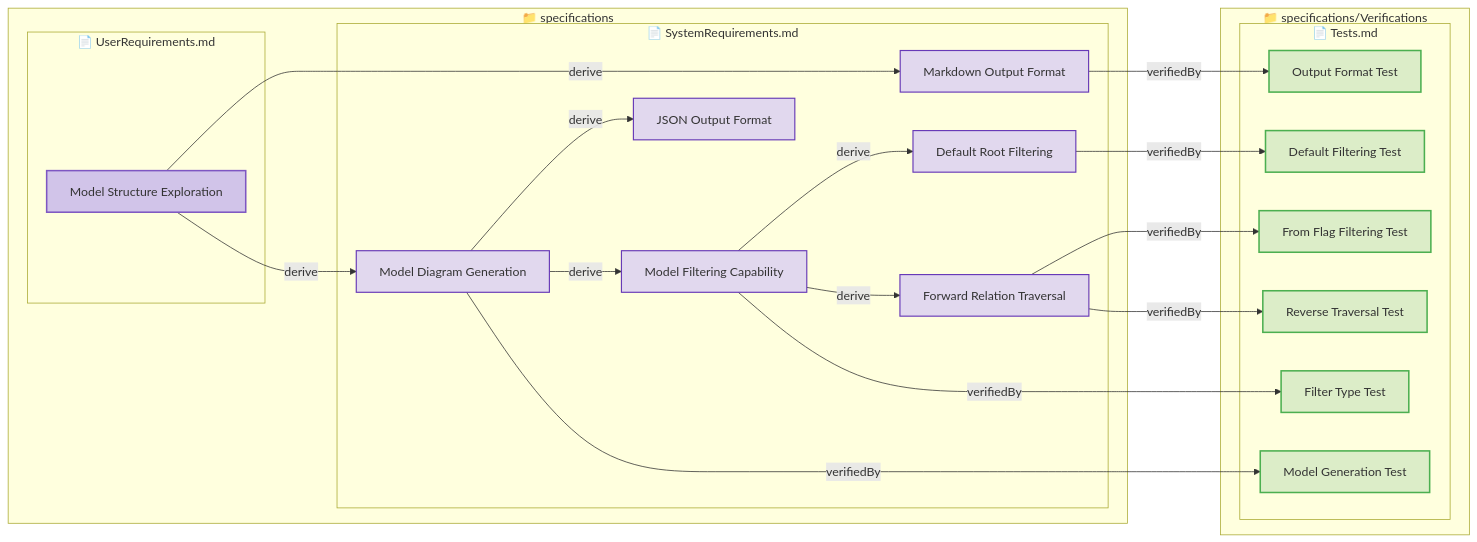
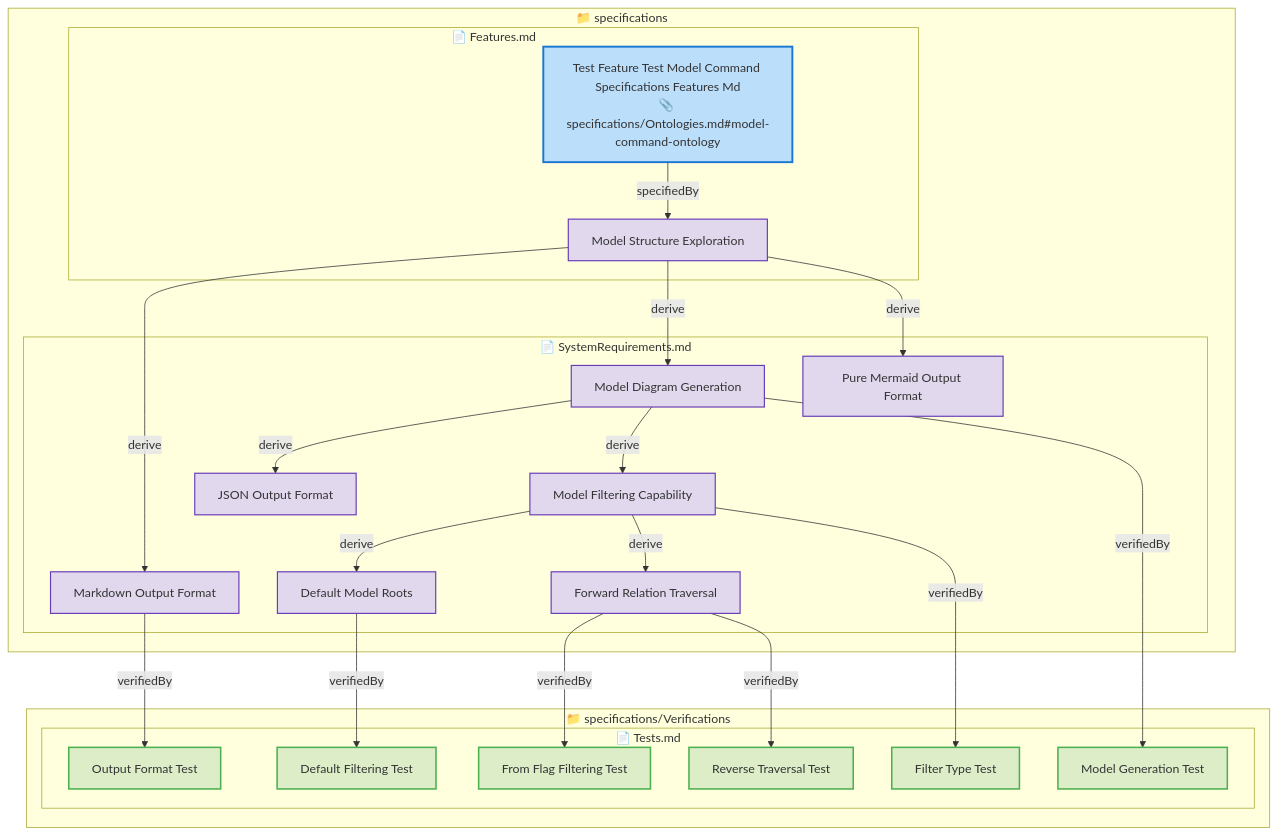
The diagram in tests/test-model-command/expected/expected_output.md (reqvire-org/reqvire), drawn with Mermaid before and after one commit. The commit also changed other lines of this file and 446 other files, not shown here.

Commit message:
Ontologies support + Features support.  * breaking changes.

````diff
--- a/tests/test-model-command/expected/expected_output.md
+++ b/tests/test-model-command/expected/expected_output.md
@@ -10,72 +15,81 @@
 ```mermaid
-graph LR
-  classDef userRequirement fill:#D1C4E9,stroke:#7E57C2,stroke-width:2px;
+graph TD
+  classDef feature fill:#BBDEFB,stroke:#1976D2,stroke-width:2.5px;
   classDef systemRequirement fill:#E1D8EE,stroke:#673AB7,stroke-width:1.5px;
+  classDef ontology fill:#F4E3A1,stroke:#B08A00,stroke-width:2px;
   classDef verification fill:#DCEDC8,stroke:#4CAF50,stroke-width:2px;
   classDef default fill:#F5F5F5,stroke:#424242,stroke-width:1.5px;
 
   classDef folder fill:#FAFAFA,stroke:#9E9E9E,stroke-width:3px;
   classDef file fill:#FFF8E1,stroke:#FFCA28,stroke-width:2px;
 
   subgraph 9d68b769fcbc79d0["📁 specifications"]
+    subgraph 52b96646352f3ec7["📄 Features.md"]
+      1ef18bbc2a9e2de["Model Structure Exploration"];
+      class 1ef18bbc2a9e2de systemRequirement;
+      click 1ef18bbc2a9e2de "specifications/Features.md#model-structure-exploration";
+      cc4f0d848ef4201f["Test Feature Test Model Command Specifications Features Md<br/>📎 specifications/Ontologies.md#model-command-ontology"];
+      class cc4f0d848ef4201f feature;
+      click cc4f0d848ef4201f "specifications/Features.md#test-feature-test-model-command-specifications-features-md";
+    end
     subgraph 77808752d543f615["📄 SystemRequirements.md"]
-      6208b4add030277e["Default Root Filtering"];
-      class 6208b4add030277e systemRequirement;
-      click 6208b4add030277e "specifications/SystemRequirements.md#default-root-filtering";
+      f352ca56d3ce0fdd["Default Model Roots"];
+      class f352ca56d3ce0fdd systemRequirement;
+      click f352ca56d3ce0fdd "specifications/SystemRequirements.md#default-model-roots";
       f7eb2f9d9cd7bb11["Forward Relation Traversal"];
       class f7eb2f9d9cd7bb11 systemRequirement;
       click f7eb2f9d9cd7bb11 "specifications/SystemRequirements.md#forward-relation-traversal";
       5abb4a3caae293d9["JSON Output Format"];
       class 5abb4a3caae293d9 systemRequirement;
       click 5abb4a3caae293d9 "specifications/SystemRequirements.md#json-output-format";
       25879bdc5e196bec["Markdown Output Format"];
       class 25879bdc5e196bec systemRequirement;
       click 25879bdc5e196bec "specifications/SystemRequirements.md#markdown-output-format";
       b7ec4bb3813f1dea["Model Diagram Generation"];
       class b7ec4bb3813f1dea systemRequirement;
       click b7ec4bb3813f1dea "specifications/SystemRequirements.md#model-diagram-generation";
       836c732a54d7f48f["Model Filtering Capability"];
       class 836c732a54d7f48f systemRequirement;
       click 836c732a54d7f48f "specifications/SystemRequirements.md#model-filtering-capability";
-    end
-    subgraph 6e2c14866f0b0117["📄 UserRequirements.md"]
-      906507e3072a273["Model Structure Exploration"];
-      class 906507e3072a273 userRequirement;
-      click 906507e3072a273 "specifications/UserRequirements.md#model-structure-exploration";
+      28d69f5dca868721["Pure Mermaid Output Format"];
+      class 28d69f5dca868721 systemRequirement;
+      click 28d69f5dca868721 "specifications/SystemRequirements.md#pure-mermaid-output-format";
     end
   end
   subgraph 9f0649e759bd2822["📁 specifications/Verifications"]
     subgraph 7d9dffd79ed1d5b8["📄 Tests.md"]
       a2368d1b4b67f0d7["Default Filtering Test"];
       class a2368d1b4b67f0d7 verification;
       click a2368d1b4b67f0d7 "specifications/Verifications/Tests.md#default-filtering-test";
       bbd610799ac8e00f["Filter Type Test"];
       class bbd610799ac8e00f verification;
       click bbd610799ac8e00f "specifications/Verifications/Tests.md#filter-type-test";
       293200814c46cd0d["From Flag Filtering Test"];
       class 293200814c46cd0d verification;
       click 293200814c46cd0d "specifications/Verifications/Tests.md#from-flag-filtering-test";
       6e0e2613c4bfcfcb["Model Generation Test"];
       class 6e0e2613c4bfcfcb verification;
       click 6e0e2613c4bfcfcb "specifications/Verifications/Tests.md#model-generation-test";
       2f7b3b3deb29891d["Output Format Test"];
       class 2f7b3b3deb29891d verification;
       click 2f7b3b3deb29891d "specifications/Verifications/Tests.md#output-format-test";
       fb891ab92c9824aa["Reverse Traversal Test"];
       class fb891ab92c9824aa verification;
       click fb891ab92c9824aa "specifications/Verifications/Tests.md#reverse-traversal-test";
     end
   end
-  906507e3072a273 -->|derive| 25879bdc5e196bec;
+  cc4f0d848ef4201f -->|specifiedBy| 1ef18bbc2a9e2de;
+  1ef18bbc2a9e2de -->|derive| 25879bdc5e196bec;
   25879bdc5e196bec -->|verifiedBy| 2f7b3b3deb29891d;
-  906507e3072a273 -->|derive| b7ec4bb3813f1dea;
+  1ef18bbc2a9e2de -->|derive| b7ec4bb3813f1dea;
   b7ec4bb3813f1dea -->|derive| 5abb4a3caae293d9;
   b7ec4bb3813f1dea -->|derive| 836c732a54d7f48f;
-  836c732a54d7f48f -->|derive| 6208b4add030277e;
-  6208b4add030277e -->|verifiedBy| a2368d1b4b67f0d7;
+  836c732a54d7f48f -->|derive| f352ca56d3ce0fdd;
+  f352ca56d3ce0fdd -->|verifiedBy| a2368d1b4b67f0d7;
   836c732a54d7f48f -->|derive| f7eb2f9d9cd7bb11;
   f7eb2f9d9cd7bb11 -->|verifiedBy| 293200814c46cd0d;
   f7eb2f9d9cd7bb11 -->|verifiedBy| fb891ab92c9824aa;
   836c732a54d7f48f -->|verifiedBy| bbd610799ac8e00f;
   b7ec4bb3813f1dea -->|verifiedBy| 6e0e2613c4bfcfcb;
+  1ef18bbc2a9e2de -->|derive| 28d69f5dca868721;
 ```
````
